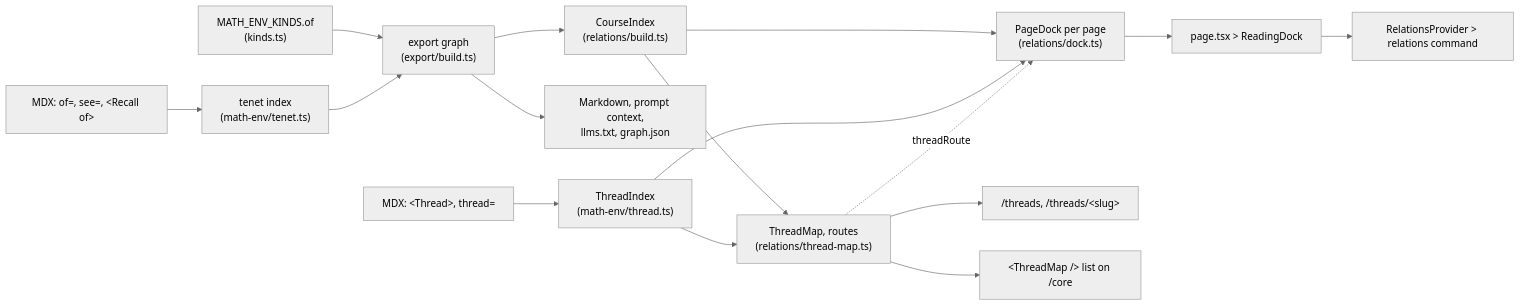
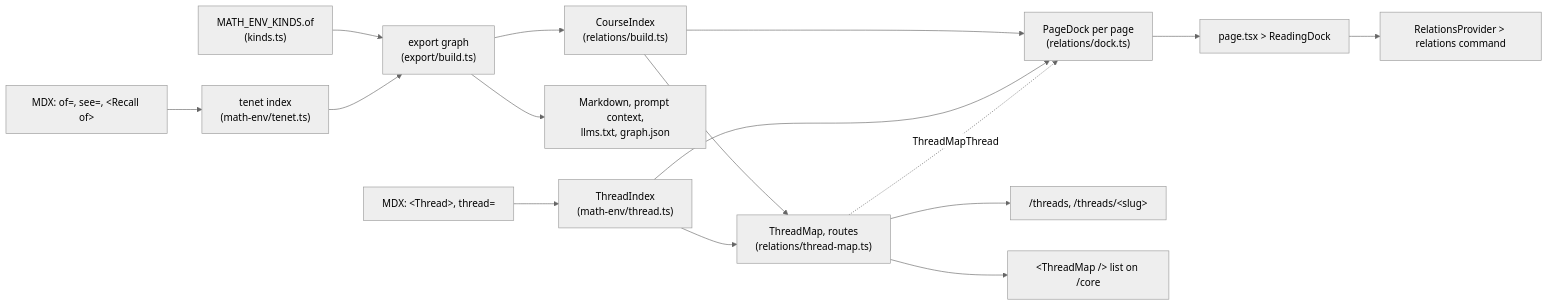
The first of 2 diagrams in RELATIONS.md (kevinnhou/MATH1251), drawn with Mermaid (neutral theme) before and after one commit. The commit also changed other lines of this file and 22 other files, not shown here.

Commit message:
refactor: share thread map entries with the dock and consolidate thread drawing

````diff
--- a/RELATIONS.md
+++ b/RELATIONS.md
@@ -78,15 +80,15 @@
 ```mermaid
 flowchart LR
     mdx["MDX: of=, see=, &lt;Recall of&gt;"] --> tenets["tenet index<br/>(math-env/tenet.ts)"]
     tmdx["MDX: &lt;Thread&gt;, thread="] --> threads["ThreadIndex<br/>(math-env/thread.ts)"]
     kinds["MATH_ENV_KINDS.of<br/>(kinds.ts)"] --> export
     tenets --> export["export graph<br/>(export/build.ts)"]
     export --> exports["Markdown, prompt context,<br/>llms.txt, graph.json"]
     export --> index["CourseIndex<br/>(relations/build.ts)"] --> dock["PageDock per page<br/>(relations/dock.ts)"]
     index --> threadmap["ThreadMap, routes<br/>(relations/thread-map.ts)"] --> threadspage["/threads, /threads/&lt;slug&gt;"]
     threadmap --> core["&lt;ThreadMap /&gt; list on /core"]
     threads --> dock
     threads --> threadmap
-    threadmap -. threadRoute .-> dock
+    threadmap -. ThreadMapThread .-> dock
     dock --> page["page.tsx > ReadingDock"] --> terminal["RelationsProvider > relations command"]
 ```
````
